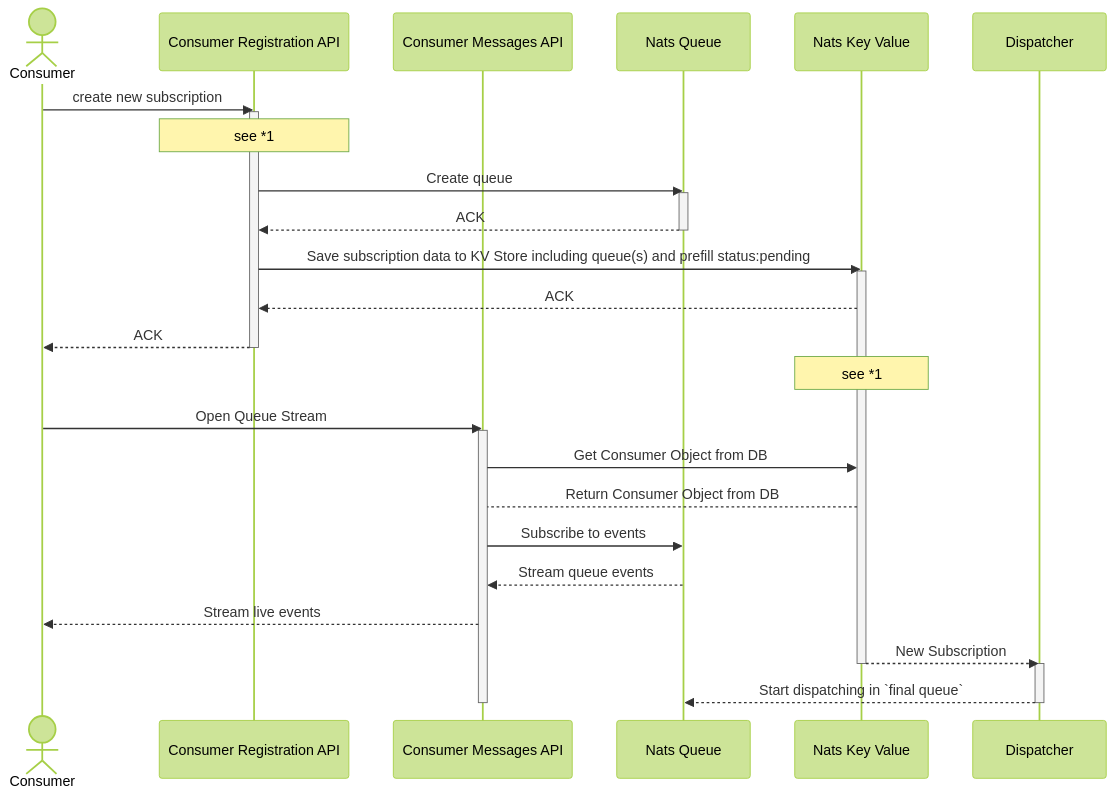
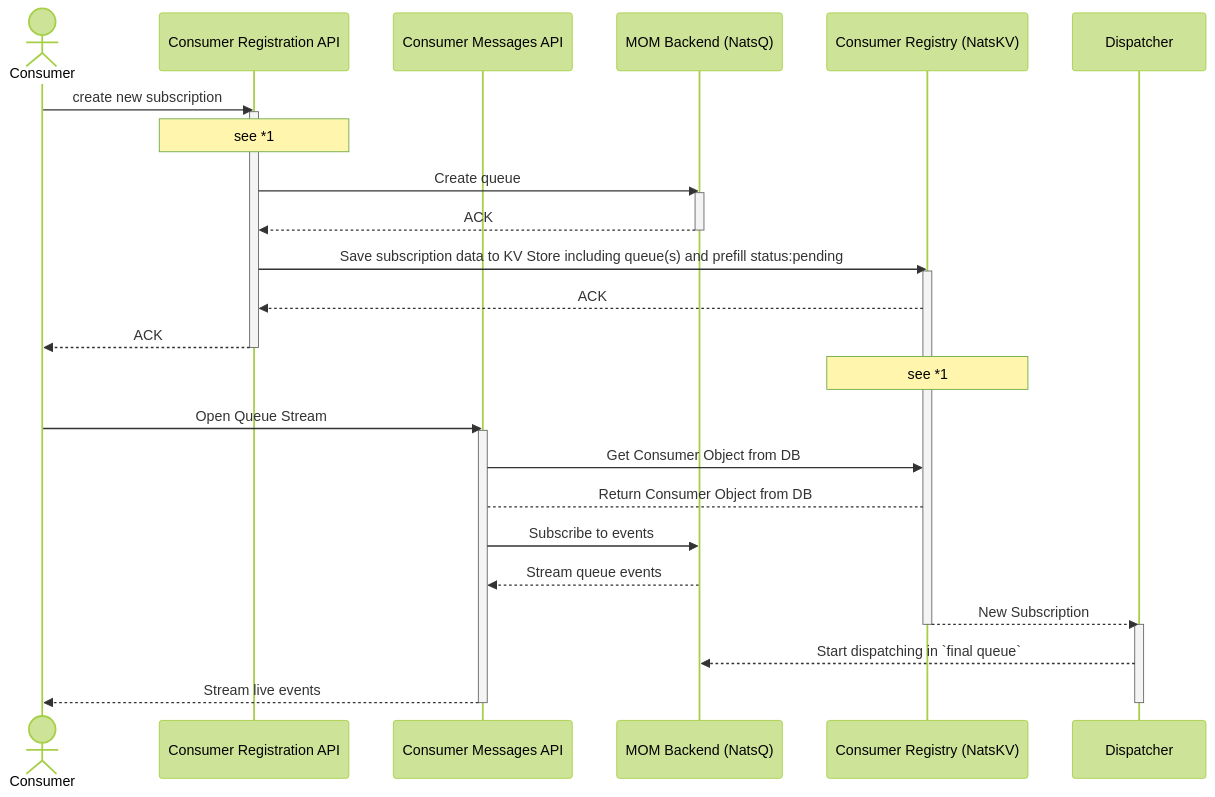
One commit to univention/provisioning-api changed the first of 4 diagrams in docs/prefill/prefill-architecture.md. Above: the diagram before and after it, drawn with Mermaid (forest theme). The commit also changed other lines of this file and 1 other file, not shown here.

````diff
--- a/docs/prefill/prefill-architecture.md
+++ b/docs/prefill/prefill-architecture.md
@@ -4,37 +6,37 @@
 ```mermaid
 sequenceDiagram
     actor Consumer
     participant ConsumerRegAPI as Consumer Registration API
     participant ConsumerMessagesAPI as Consumer Messages API
-    participant NatsQ as Nats Queue
-    participant NatsKV as Nats Key Value
+    participant NatsQ as MOM Backend (NatsQ)
+    participant NatsKV as Consumer Registry (NatsKV)
     participant Dispatcher
 
 
     Consumer->>ConsumerRegAPI: create new subscription
     activate ConsumerRegAPI
     Note over ConsumerRegAPI: see *1
     ConsumerRegAPI->>NatsQ: Create queue
     activate NatsQ
     NatsQ-->>ConsumerRegAPI: ACK
     deactivate NatsQ
     ConsumerRegAPI->>NatsKV: Save subscription data to KV Store including queue(s) and prefill status:pending
     activate NatsKV
     NatsKV-->>ConsumerRegAPI: ACK
     ConsumerRegAPI-->>Consumer: ACK
     deactivate ConsumerRegAPI
     Note over NatsKV: see *1
     Consumer->>ConsumerMessagesAPI: Open Queue Stream
     activate ConsumerMessagesAPI
     ConsumerMessagesAPI->>NatsKV: Get Consumer Object from DB
     NatsKV-->ConsumerMessagesAPI: Return Consumer Object from DB
     ConsumerMessagesAPI->>NatsQ: Subscribe to events
     NatsQ-->>ConsumerMessagesAPI: Stream queue events
-    ConsumerMessagesAPI-->>Consumer: Stream live events
     NatsKV-->>Dispatcher: New Subscription
     activate Dispatcher
     deactivate NatsKV
     Dispatcher-->>NatsQ: Start dispatching in `final queue`
+    ConsumerMessagesAPI-->>Consumer: Stream live events
     deactivate Dispatcher
     deactivate ConsumerMessagesAPI
 ```
````
